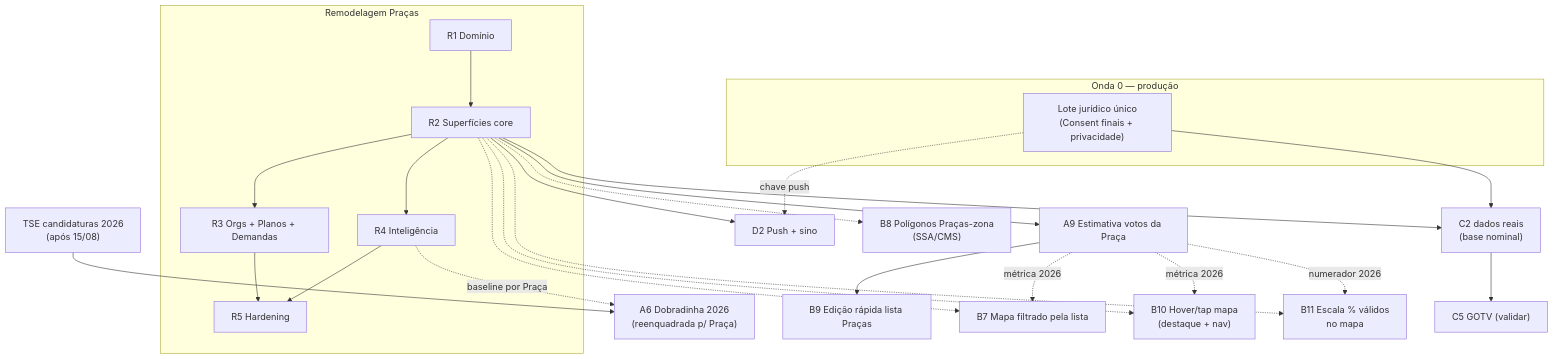
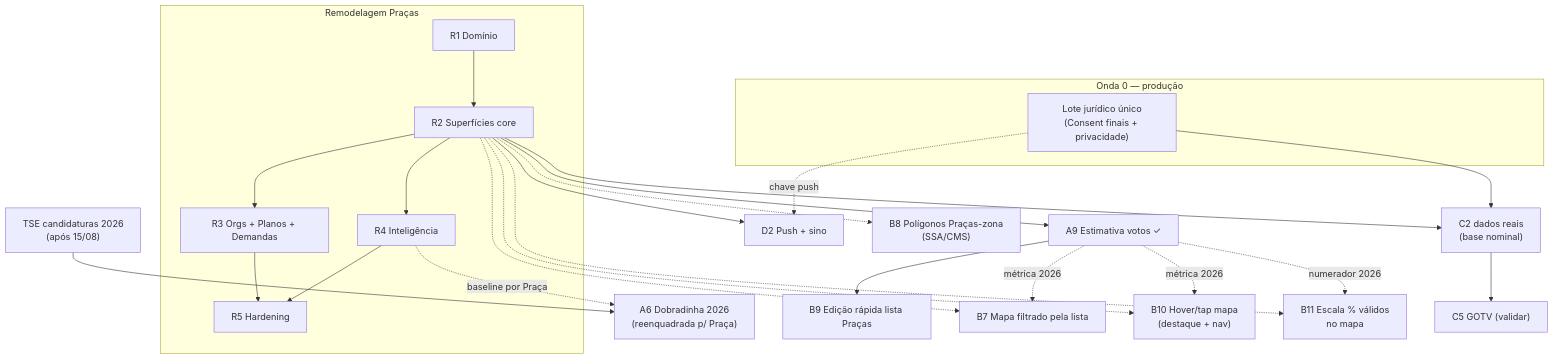
One commit to fsolla/teqo changed the diagram in docs/roadmap.md. Above: the diagram before and after it, drawn with Mermaid. The commit also changed other lines of this file and 28 other files, not shown here.

````diff
--- a/docs/roadmap.md
+++ b/docs/roadmap.md
@@ -50,33 +50,33 @@
 ```mermaid
 flowchart TD
     subgraph Onda0["Onda 0 — produção"]
         JUR["Lote jurídico único<br/>(Consent finais + privacidade)"]
     end
 
     subgraph Remodel["Remodelagem Praças"]
         R1["R1 Domínio"]
         R2["R2 Superfícies core"]
         R3["R3 Orgs + Planos + Demandas"]
         R4["R4 Inteligência"]
         R5["R5 Hardening"]
     end
 
     R1 --> R2 --> R3 --> R5
     R2 --> R4 --> R5
     JUR --> C2prod["C2 dados reais<br/>(base nominal)"]
     R2 --> C2prod
     TSE2026["TSE candidaturas 2026<br/>(após 15/08)"] --> A6["A6 Dobradinha 2026<br/>(reenquadrada p/ Praça)"]
     R4 -.baseline por Praça.-> A6
     R2 --> D2["D2 Push + sino"]
-    R2 --> A9["A9 Estimativa votos da Praça"]
+    R2 --> A9["A9 Estimativa votos ✓"]
     A9 --> B9["B9 Edição rápida lista Praças"]
     R2 -.-> B7["B7 Mapa filtrado pela lista"]
     R2 -.-> B8["B8 Polígonos Praças-zona<br/>(SSA/CMS)"]
     R2 -.-> B10["B10 Hover/tap mapa<br/>(destaque + nav)"]
     R2 -.-> B11["B11 Escala % válidos<br/>no mapa"]
     A9 -.métrica 2026.-> B7
     A9 -.métrica 2026.-> B10
     A9 -.numerador 2026.-> B11
     JUR -.chave push.-> D2
     C2prod --> C5["C5 GOTV (validar)"]
 ```
````
